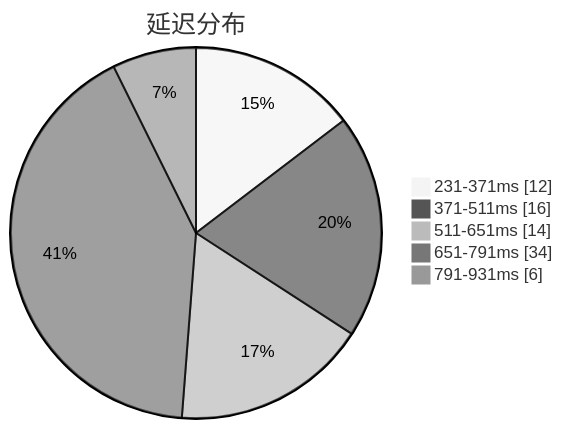
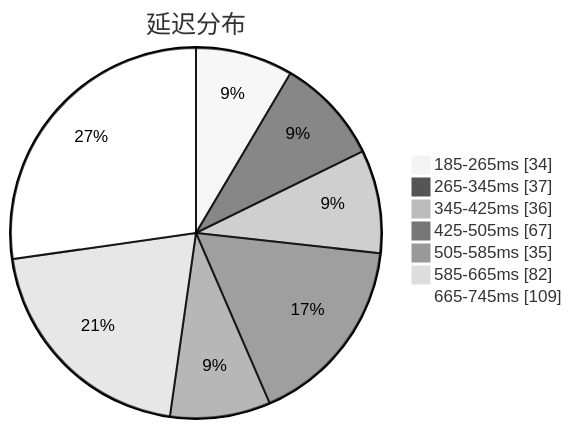
Before and after one commit to qjlxg/airport: the first of 3 diagrams in subs/statistics/tested_within.md, drawn with Mermaid (neutral theme). The commit also changed other lines of this file and 2 other files, not shown here.

Commit message:
Tested by metaST

````diff
--- a/subs/statistics/tested_within.md
+++ b/subs/statistics/tested_within.md
@@ -2,9 +2,11 @@
 ```mermaid
 pie showData
 title 延迟分布
-"231-371ms" : 12
-"371-511ms" : 16
-"511-651ms" : 14
-"651-791ms" : 34
-"791-931ms" : 6
+"185-265ms" : 34
+"265-345ms" : 37
+"345-425ms" : 36
+"425-505ms" : 67
+"505-585ms" : 35
+"585-665ms" : 82
+"665-745ms" : 109
 ```
````
